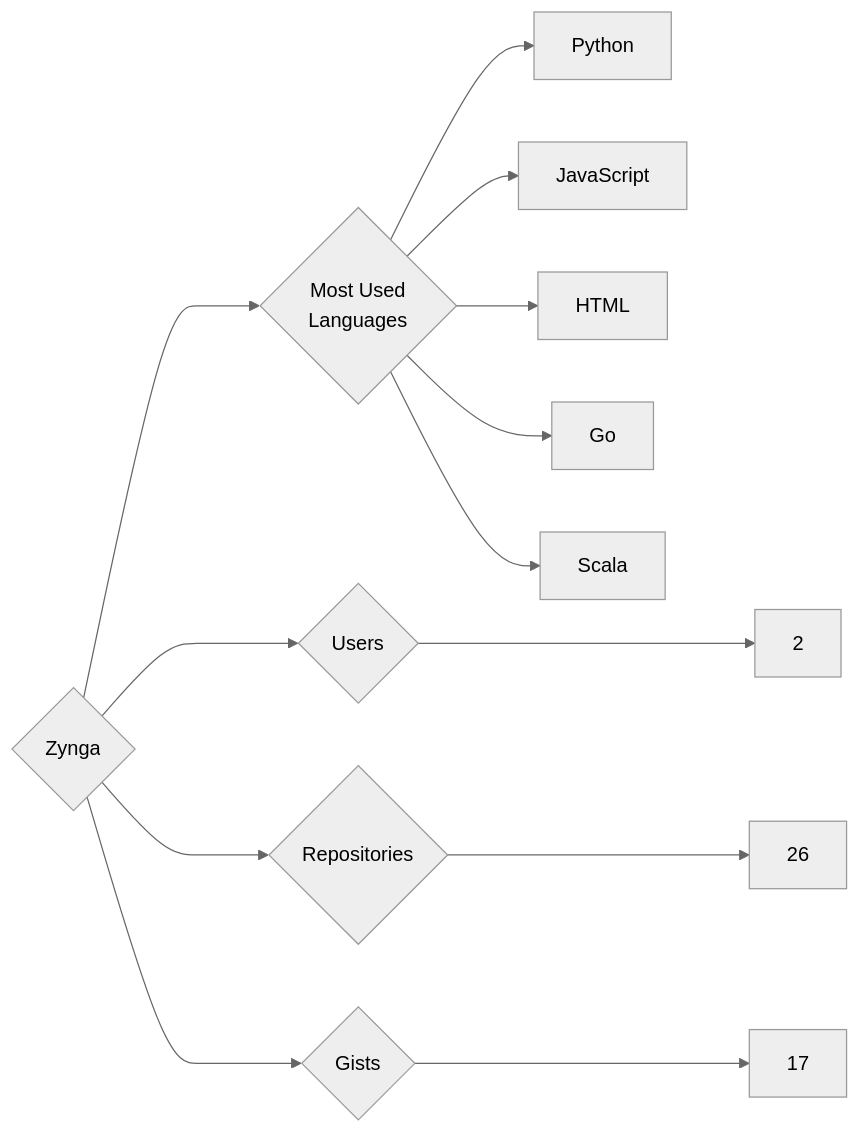
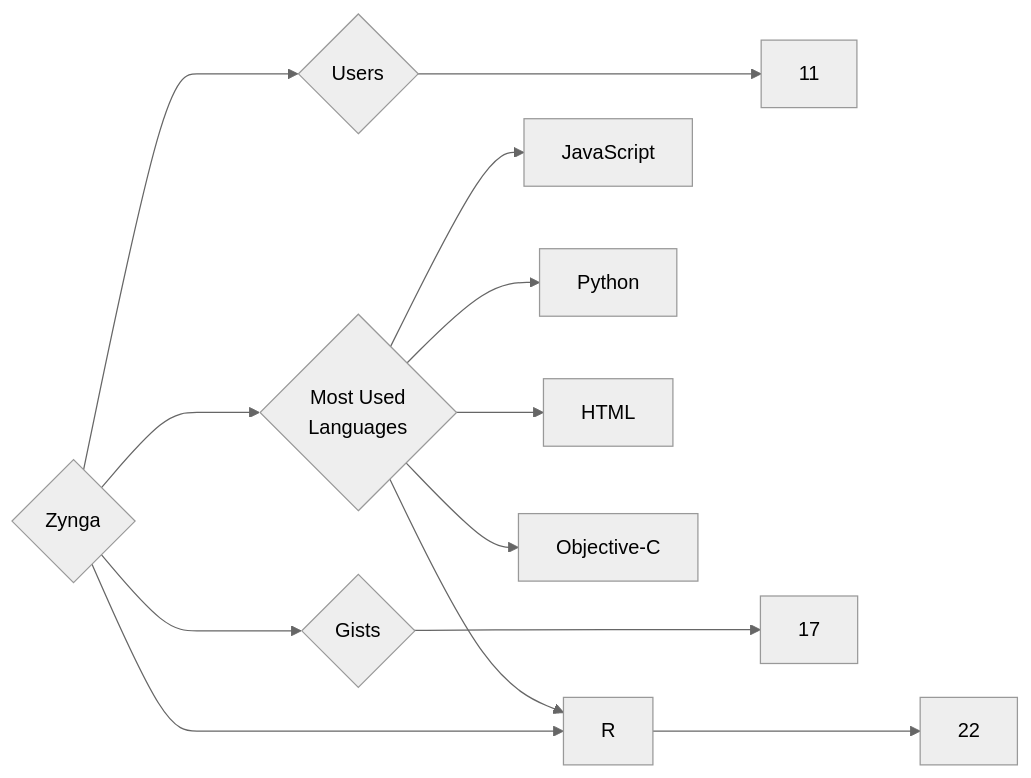
Before and after one commit to trickest/insiders: the diagram in targets/Zynga/README.md, drawn with Mermaid (neutral theme). The commit also changed 582 other files, not shown here.

````diff
--- a/targets/Zynga/README.md
+++ b/targets/Zynga/README.md
@@ -3,13 +3,13 @@
 ```mermaid
 graph LR
 COMPANY_NAME{Zynga}
-COMPANY_NAME ---> U{Users} ---> UN[2]
-COMPANY_NAME ---> R{Repositories} ---> RN[26]
+COMPANY_NAME ---> U{Users} ---> UN[11]
+COMPANY_NAME ---> R{Repositories} ---> RN[22]
 COMPANY_NAME ---> G{Gists} ---> GN[17]
 COMPANY_NAME ---> ML{Most Used<br>Languages}
+ML --> JavaScript[JavaScript]
 ML --> Python[Python]
-ML --> JavaScript[JavaScript]
 ML --> HTML[HTML]
-ML --> Go[Go]
-ML --> Scala[Scala]
+ML --> R[R]
+ML --> Objective-C[Objective-C]
 ```
````
